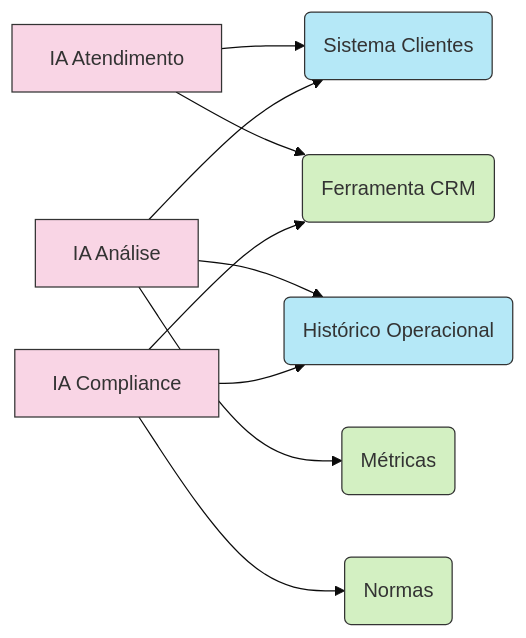
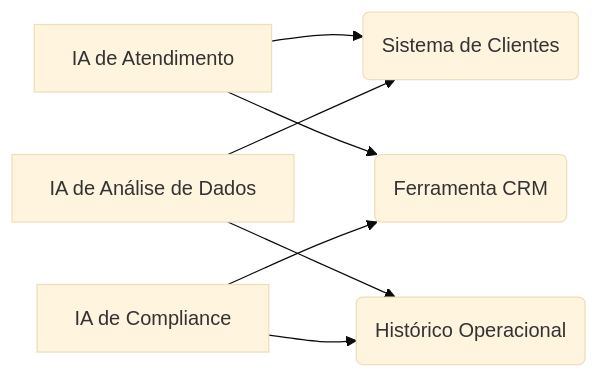
One commit to felipepimentel/my-public-notes changed the first of 16 diagrams in AI/Communication/MCP/mcp - presentation.md. Above: the diagram before and after it, drawn with Mermaid (base theme). The commit also changed other lines of this file, not shown here.

````diff
--- a/AI/Communication/MCP/mcp - presentation.md
+++ b/AI/Communication/MCP/mcp - presentation.md
@@ -64,19 +49,17 @@
 ```mermaid
+
 graph LR
-    IA1[IA Atendimento] --> D1(Sistema Clientes)
-    IA1 --> T1(Ferramenta CRM)
-    IA2[IA Análise] --> D1
-    IA2 --> D2(Histórico Operacional)
-    IA2 --> T2(Métricas)
-    IA3[IA Compliance] --> D2
-    IA3 --> T1
-    IA3 --> T3(Normas)
 
-    classDef ia fill:#f9d5e5,stroke:#333;
-    classDef dados fill:#b5e8f7,stroke:#333;
-    classDef ferramenta fill:#d3f0c2,stroke:#333;
+A1[IA de Atendimento] --> D1(Sistema de Clientes)
 
-    class IA1,IA2,IA3 ia;
-    class D1,D2 dados;
-    class T1,T2,T3 ferramenta;
+A1 --> T1(Ferramenta CRM)
+
+A2[IA de Análise de Dados] --> D1(Sistema de Clientes)
+
+A2 --> D2(Histórico Operacional)
+
+A3[IA de Compliance] --> D2(Histórico Operacional)
+
+A3 --> T1(Ferramenta CRM)
+
 ```
````
